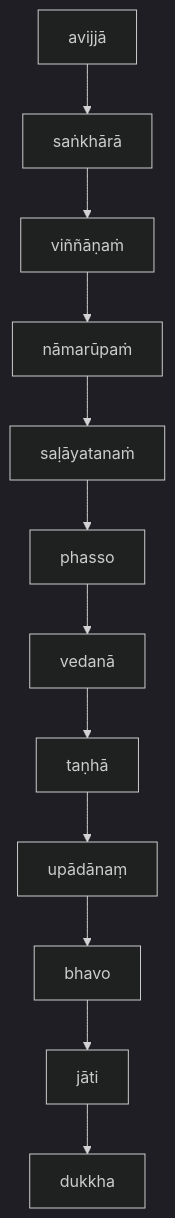
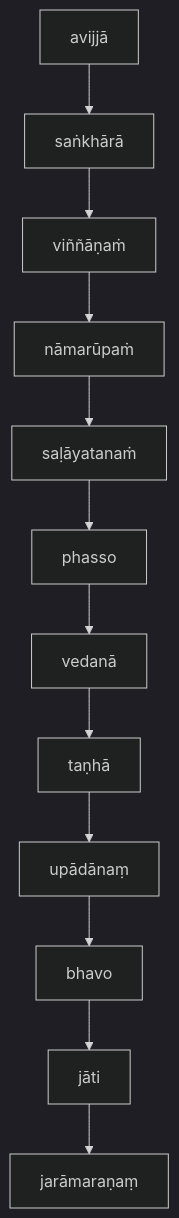
Before and after one commit to ChristineTham/tipitaka2500-eng: the diagram in tipitaka/12S2/1/1.1/1.1.1.md, drawn with Mermaid (dark theme). The commit also changed other lines of this file and 15 other files, not shown here.

````diff
--- a/tipitaka/12S2/1/1.1/1.1.1.md
+++ b/tipitaka/12S2/1/1.1/1.1.1.md
@@ -16,4 +16,4 @@
 ```mermaid
 flowchart TD
-  avijjā --> saṅkhārā  --> viññāṇaṁ  --> nāmarūpaṁ --> saḷāyatanaṁ --> phasso --> vedanā --> taṇhā --> upādānaṃ --> bhavo --> jāti --> dukkha
+  avijjā --> saṅkhārā  --> viññāṇaṁ  --> nāmarūpaṁ --> saḷāyatanaṁ --> phasso --> vedanā --> taṇhā --> upādānaṃ --> bhavo --> jāti --> jarāmaraṇaṃ
 ```
````
